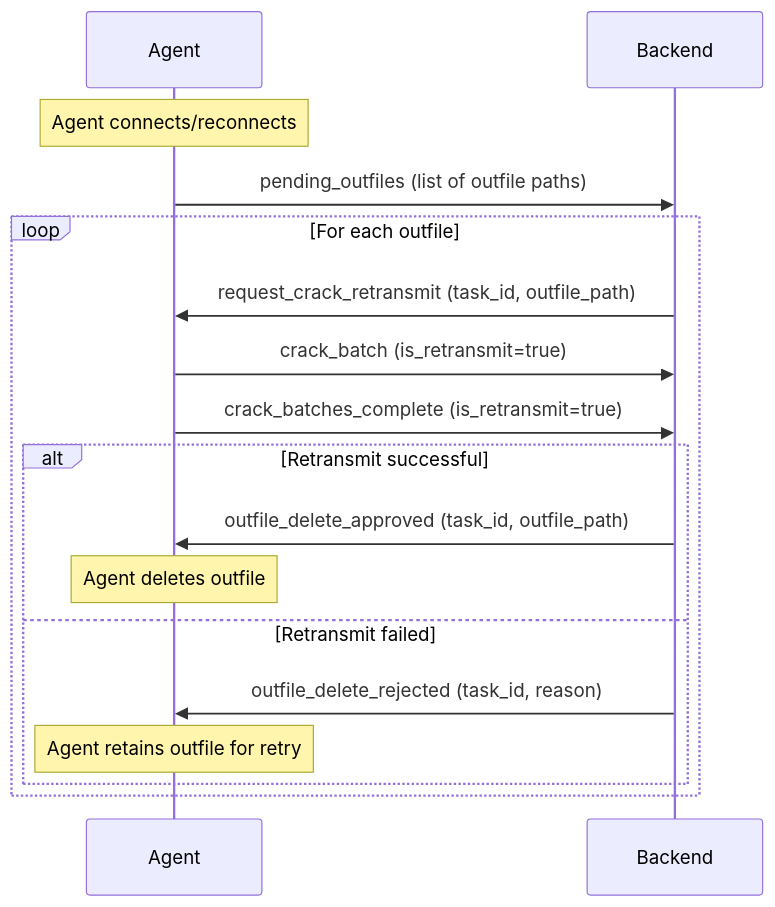
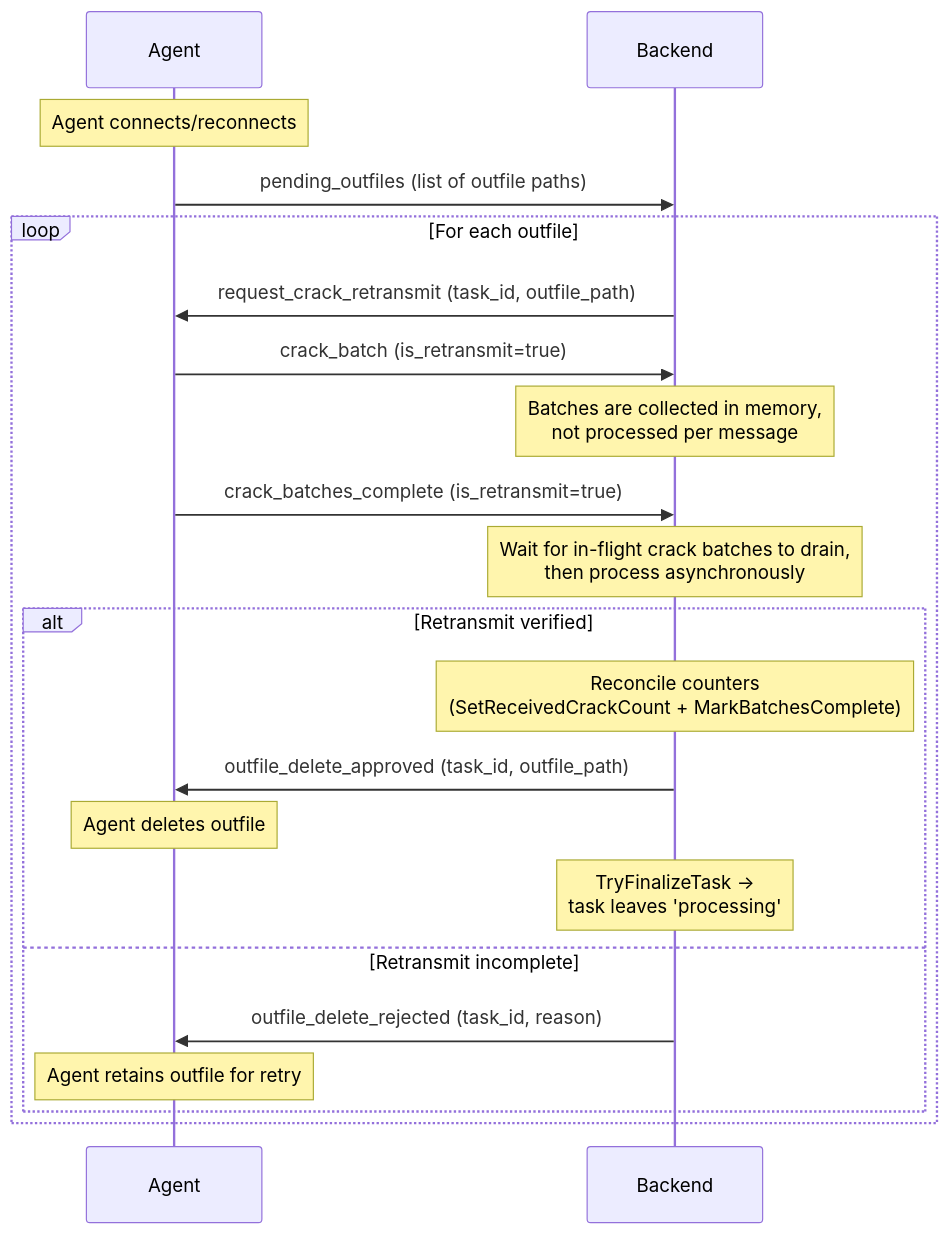
Before and after one commit to ZerkerEOD/krakenhashes: the second of 2 diagrams in docs/reference/architecture/crack-batching-system.md, drawn with Mermaid. The commit also changed other lines of this file and 43 other files, not shown here.

First line of the commit message:
fix(backend,frontend,docs): scope the loopback panel, complete finished tasks instead of failing them (#79) (#82)

````diff
--- a/docs/reference/architecture/crack-batching-system.md
+++ b/docs/reference/architecture/crack-batching-system.md
@@ -533,22 +587,26 @@
 ```mermaid
 sequenceDiagram
     participant Agent
     participant Backend
 
     Note over Agent: Agent connects/reconnects
     Agent->>Backend: pending_outfiles (list of outfile paths)
 
     loop For each outfile
         Backend->>Agent: request_crack_retransmit (task_id, outfile_path)
         Agent->>Backend: crack_batch (is_retransmit=true)
+        Note over Backend: Batches are collected in memory,<br/>not processed per message
         Agent->>Backend: crack_batches_complete (is_retransmit=true)
+        Note over Backend: Wait for in-flight crack batches to drain,<br/>then process asynchronously
 
-        alt Retransmit successful
+        alt Retransmit verified
+            Note over Backend: Reconcile counters<br/>(SetReceivedCrackCount + MarkBatchesComplete)
             Backend->>Agent: outfile_delete_approved (task_id, outfile_path)
             Note over Agent: Agent deletes outfile
-        else Retransmit failed
+            Note over Backend: TryFinalizeTask →<br/>task leaves 'processing'
+        else Retransmit incomplete
             Backend->>Agent: outfile_delete_rejected (task_id, reason)
             Note over Agent: Agent retains outfile for retry
         end
     end
 ```
````
